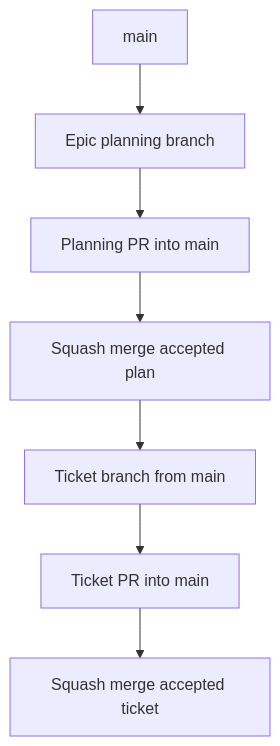
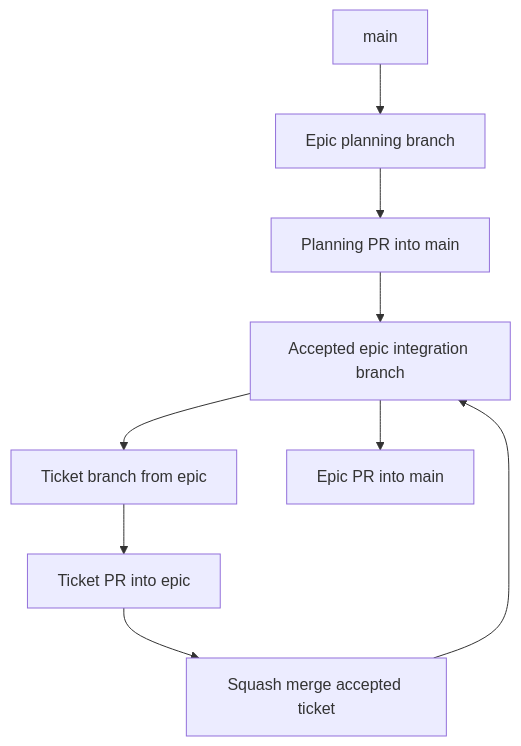
One commit to Macavitymadcap/character-sheet changed the diagram in CONTRIBUTING.md. Above: the diagram before and after it, drawn with Mermaid. The commit also changed other lines of this file and 2 other files, not shown here.

Commit message:
docs(sheet): use epic integration branch flow

````diff
--- a/CONTRIBUTING.md
+++ b/CONTRIBUTING.md
@@ -21,9 +22,11 @@
 ```mermaid
 flowchart TD
     A["main"] --> B["Epic planning branch"]
     B --> C["Planning PR into main"]
-    C --> D["Squash merge accepted plan"]
-    D --> E["Ticket branch from main"]
-    E --> F["Ticket PR into main"]
+    C --> D["Accepted epic integration branch"]
+    D --> E["Ticket branch from epic"]
+    E --> F["Ticket PR into epic"]
     F --> G["Squash merge accepted ticket"]
+    G --> D
+    D --> H["Epic PR into main"]
 ```
````
